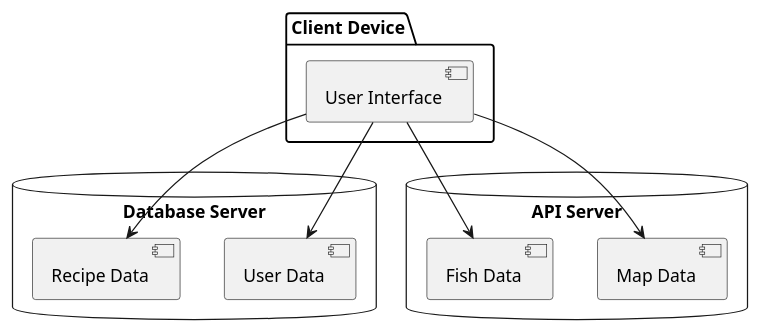
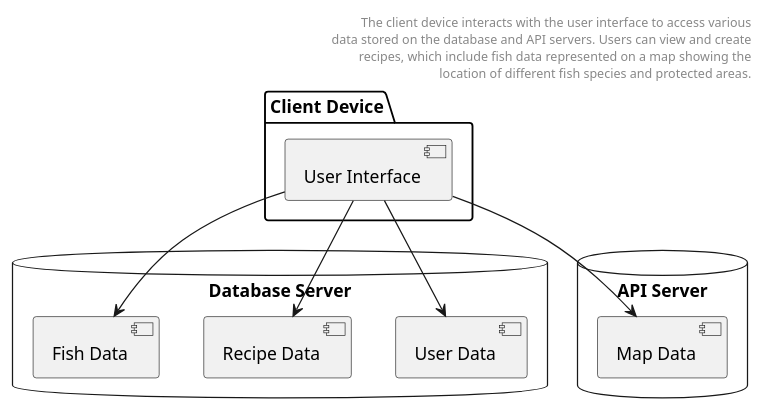
Before and after one commit to PedroLunet/MarineChoice: the diagram in logical.puml, drawn with PlantUML. The commit also changed 8 other files, not shown here.

```diff
--- a/logical.puml
+++ b/logical.puml
@@ -1,23 +1,30 @@
-@startuml physical
+@startuml logical
+
+header
+The client device interacts with the user interface to access various 
+data stored on the database and API servers. Users can view and create 
+recipes, which include fish data represented on a map showing the 
+location of different fish species and protected areas.
+end header
 
 package "Client Device" {
   [User Interface]
 }
 
 database "Database Server" {
   [User Data]
   [Recipe Data]
+  [Fish Data]
 }
 
 database "API Server" {
   [Map Data]
-  [Fish Data]
 }
 
 
 [User Interface] --> [User Data]
 [User Interface] --> [Recipe Data]
 [User Interface] --> [Fish Data]
 [User Interface] --> [Map Data]
 
 @enduml
```
